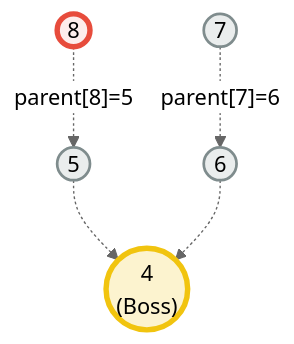
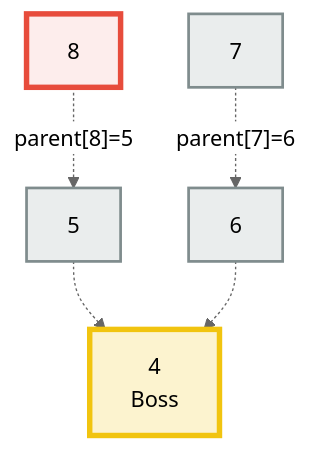
Diagram 18 of 36 in Graph/DSU_README.md (muntasir24/DSA_Practice), drawn with Mermaid (neutral theme) before and after one commit. The commit also changed other lines of this file, not shown here.

````diff
--- a/Graph/DSU_README.md
+++ b/Graph/DSU_README.md
@@ -758,17 +758,17 @@
 ```mermaid
 graph TD
     classDef superBoss fill:#FCF3CF,stroke:#F1C40F,stroke-width:4px,color:#000000;
     classDef midBoss fill:#EAEDED,stroke:#7F8C8D,stroke-width:2px,color:#000000;
     classDef targetRed fill:#FDEDEC,stroke:#E74C3C,stroke-width:4px,color:#000000;
     
-    4(("4<br>(Boss)")):::superBoss
-    5(("5")):::midBoss
-    6(("6")):::midBoss
-    7(("7")):::midBoss
-    8(("8")):::targetRed
+    4["4<br>Boss"]:::superBoss
+    5["5"]:::midBoss
+    6["6"]:::midBoss
+    7["7"]:::midBoss
+    8["8"]:::targetRed
 
     5 -.-> 4
     6 -.-> 4
     8 -. "parent[8]=5" .-> 5
     7 -. "parent[7]=6" .-> 6
 ```
````
